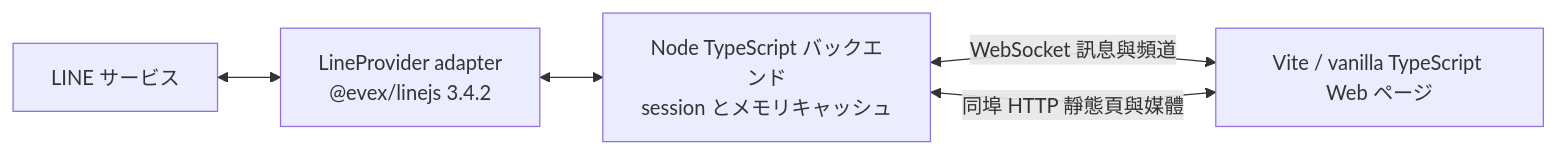
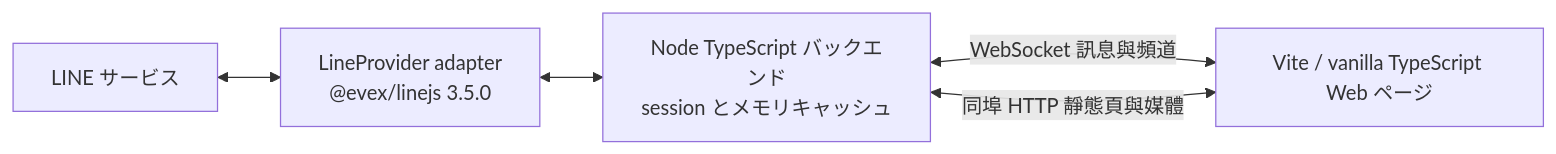
Before and after one commit to JS-PACKAGE/LINE.js: the first of 2 diagrams in README.ja.md, drawn with Mermaid. The commit also changed other lines of this file and 8 other files, not shown here.

````diff
--- a/README.ja.md
+++ b/README.ja.md
@@ -19,7 +19,7 @@
 ```mermaid
 flowchart LR
-    LINE[LINE サービス] <--> Provider[LineProvider adapter\n@evex/linejs 3.4.2]
+    LINE[LINE サービス] <--> Provider[LineProvider adapter\n@evex/linejs 3.5.0]
     Provider <--> Backend[Node TypeScript バックエンド\nsession とメモリキャッシュ]
     Backend <-->|WebSocket 訊息與頻道| Browser[Vite / vanilla TypeScript Web ページ]
     Backend <-->|同埠 HTTP 靜態頁與媒體| Browser
 ```
````
